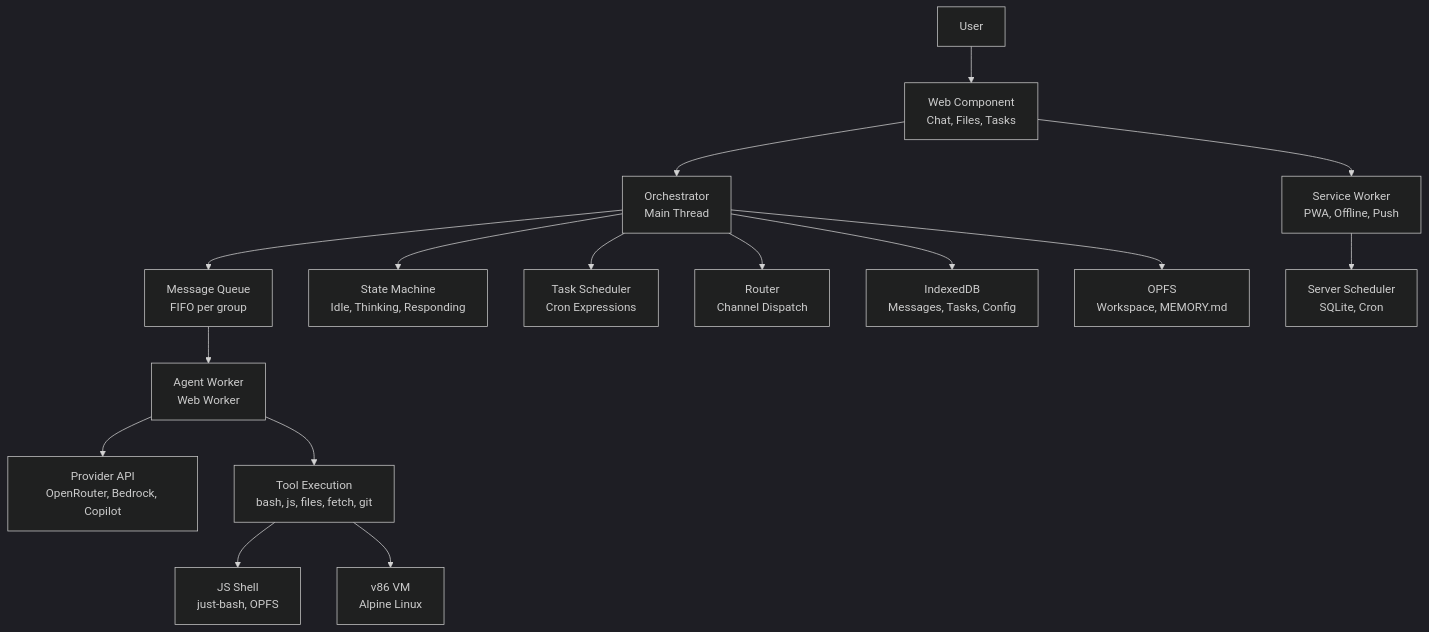
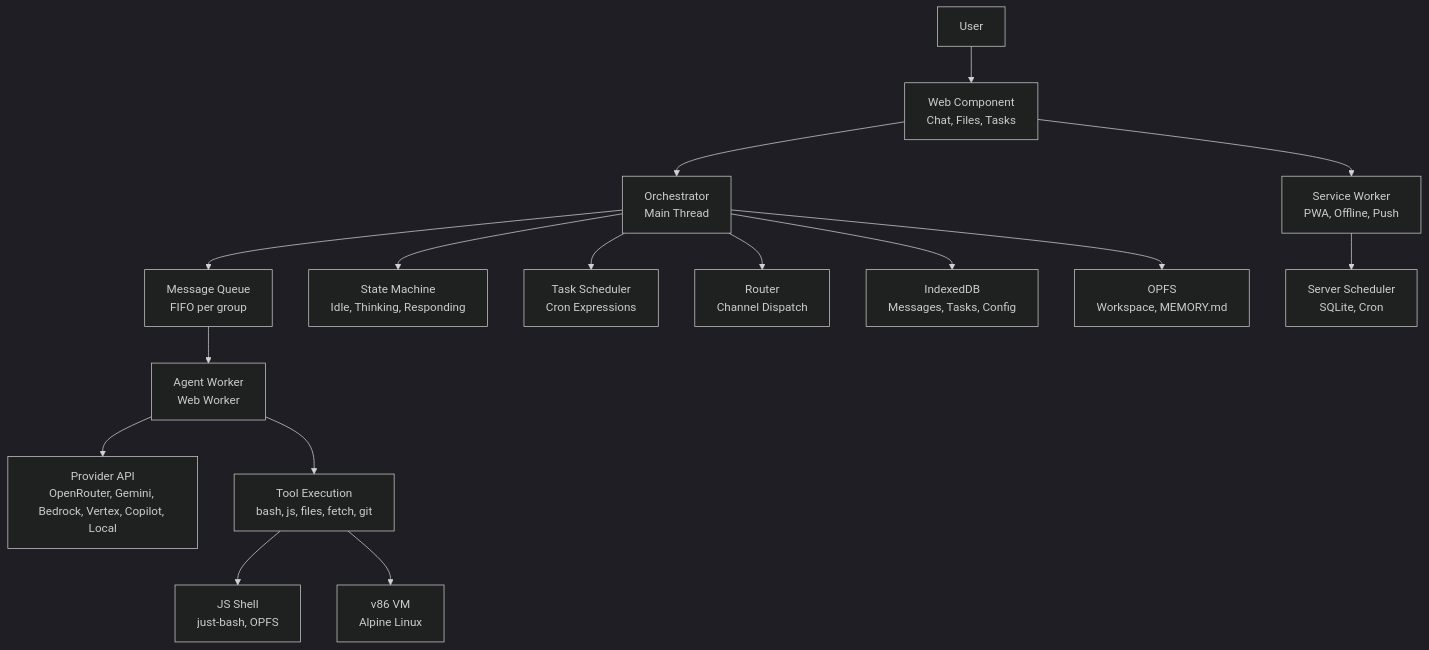
One commit to xt-ml/shadow-claw changed the first of 3 diagrams in README.md. Above: the diagram before and after it, drawn with Mermaid (dark theme). The commit also changed other lines of this file and 57 other files, not shown here.

````diff
--- a/README.md
+++ b/README.md
@@ -66,18 +69,18 @@
 ```mermaid
 graph TD
   User["User"] --> UI["Web Component<br>Chat, Files, Tasks"]
   UI --> Orchestrator["Orchestrator<br>Main Thread"]
   Orchestrator --> Queue["Message Queue<br>FIFO per group"]
   Orchestrator --> FSM["State Machine<br>Idle, Thinking, Responding"]
   Orchestrator --> Scheduler["Task Scheduler<br>Cron Expressions"]
   Orchestrator --> Router["Router<br>Channel Dispatch"]
   Queue --> Worker["Agent Worker<br>Web Worker"]
-  Worker --> Provider["Provider API<br>OpenRouter, Bedrock, Copilot"]
+  Worker --> Provider["Provider API<br>OpenRouter, Gemini, Bedrock, Vertex, Copilot, Local"]
   Worker --> Tools["Tool Execution<br>bash, js, files, fetch, git"]
   Tools --> Shell["JS Shell<br>just-bash, OPFS"]
   Tools --> VM["v86 VM<br>Alpine Linux"]
   Orchestrator --> DB["IndexedDB<br>Messages, Tasks, Config"]
   Orchestrator --> FS["OPFS<br>Workspace, MEMORY.md"]
   UI --> SW["Service Worker<br>PWA, Offline, Push"]
   SW --> ServerScheduler["Server Scheduler<br>SQLite, Cron"]
 ```
````
